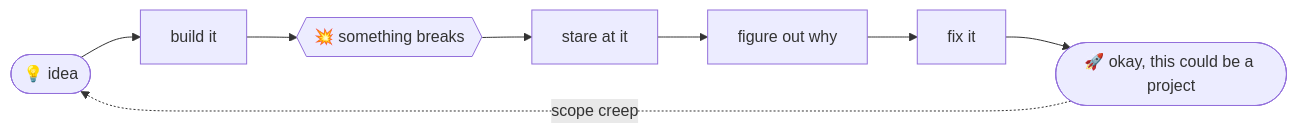
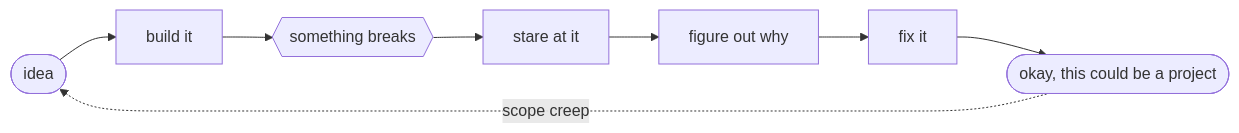
The second of 3 diagrams in README.md (LavdeepSingh23/LavdeepSingh23), drawn with Mermaid before and after one commit. The commit also changed other lines of this file and 3 other files, not shown here.

````diff
--- a/README.md
+++ b/README.md
@@ -92,10 +151,10 @@
 ```mermaid
 flowchart LR
-    A([💡 idea]) --> B[build it]
-    B --> C{{💥 something breaks}}
+    A([idea]) --> B[build it]
+    B --> C{{something breaks}}
     C --> D[stare at it]
     D --> E[figure out why]
     E --> F[fix it]
-    F --> G([🚀 okay, this could be a project])
+    F --> G([okay, this could be a project])
     G -.->|scope creep| A
 ```
````
